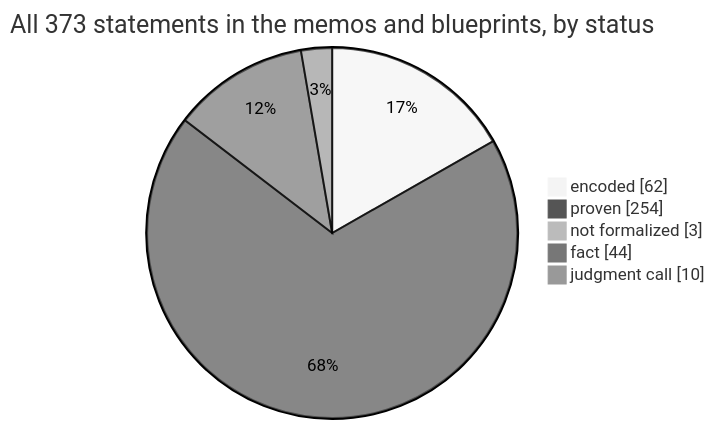
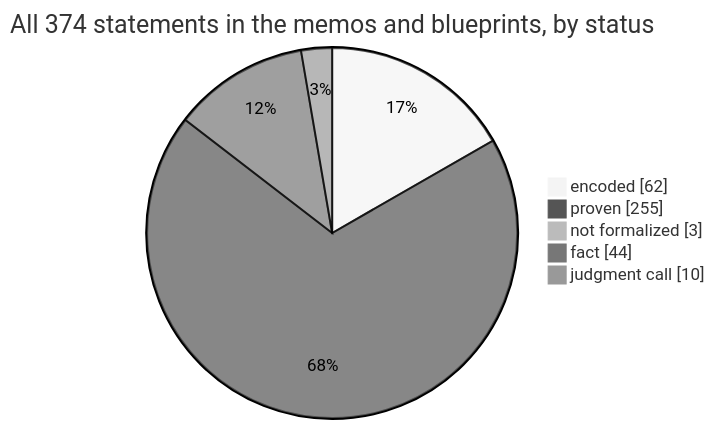
The first of 4 diagrams in docs/graphs/dashboard.md (SeanWMurray/Canteen), drawn with Mermaid (neutral theme) before and after one commit. The commit also changed other lines of this file and 24 other files, not shown here.

````diff
--- a/docs/graphs/dashboard.md
+++ b/docs/graphs/dashboard.md
@@ -11,8 +11,8 @@
 ```mermaid
-pie showData title All 373 statements in the memos and blueprints, by status
+pie showData title All 374 statements in the memos and blueprints, by status
     "encoded" : 62
-    "proven" : 254
+    "proven" : 255
     "not formalized" : 3
     "fact" : 44
     "judgment call" : 10
 ```
````
